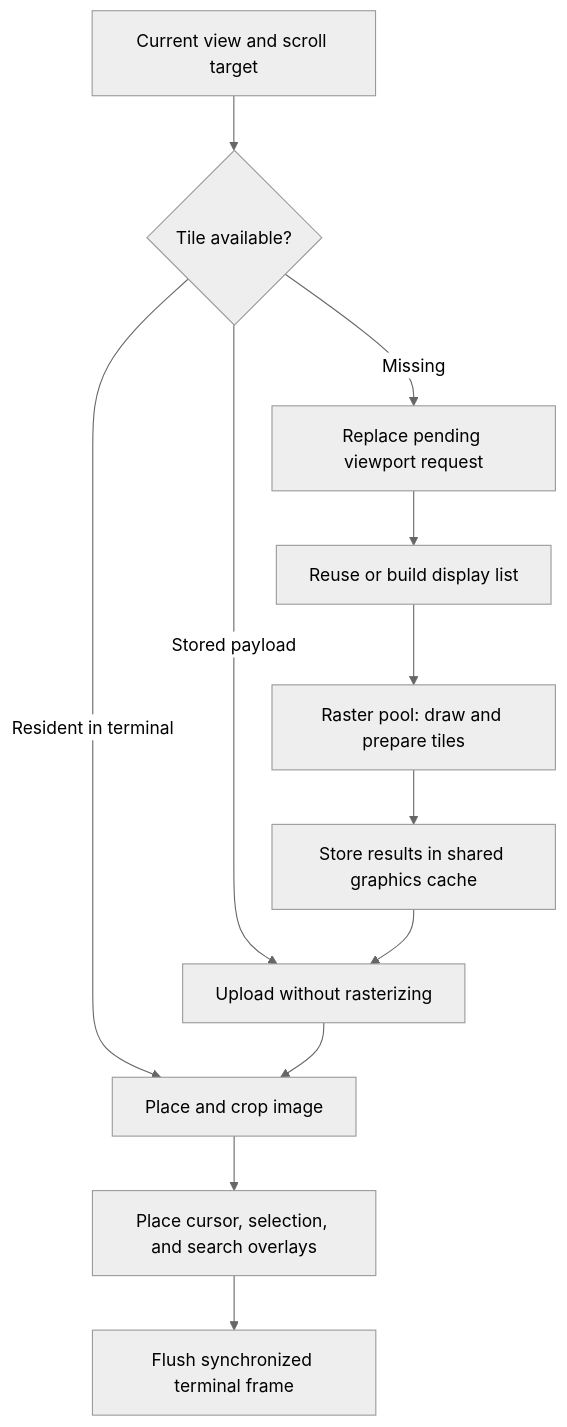
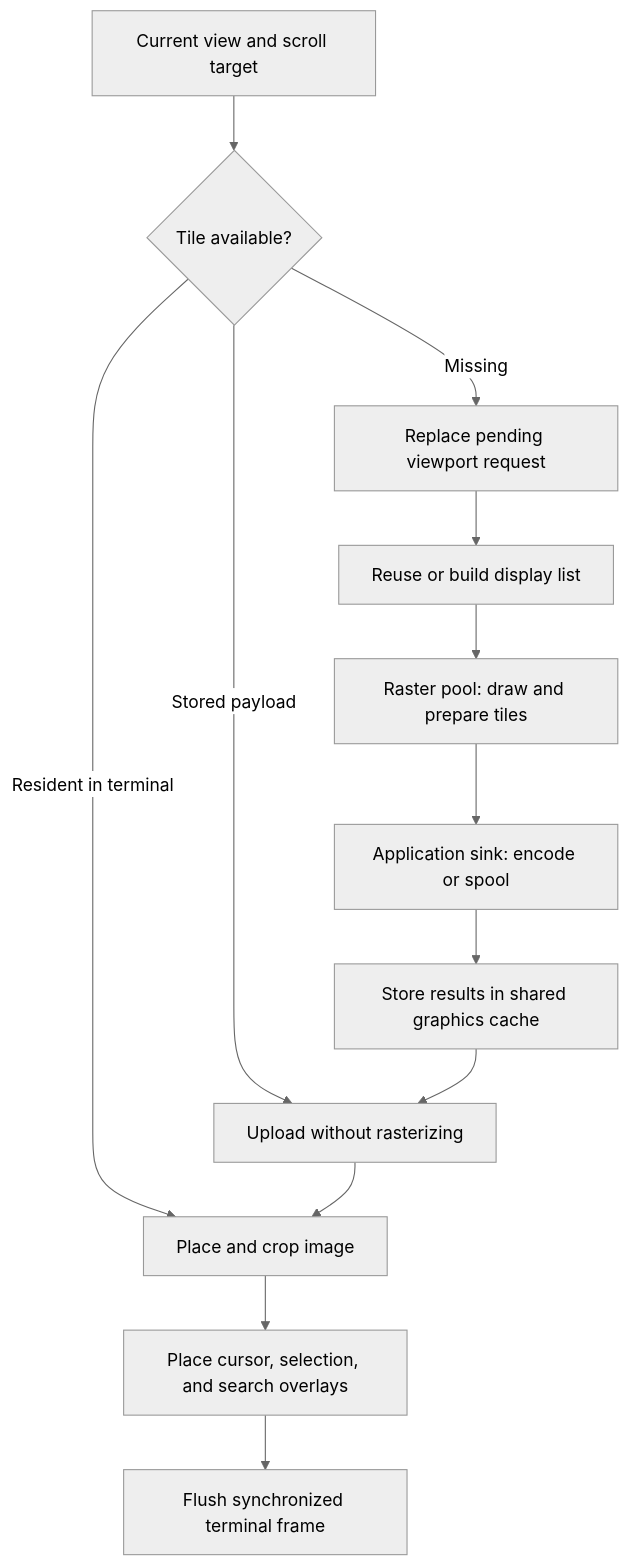
Before and after one commit to letientai299/vpdf: the diagram in docs/dev/render.md, drawn with Mermaid (neutral theme). The commit also changed other lines of this file and 159 other files, not shown here.

````diff
--- a/docs/dev/render.md
+++ b/docs/dev/render.md
@@ -14,14 +14,15 @@
 ```mermaid
 flowchart TD
     View[Current view and scroll target] --> Cache{Tile available?}
     Cache -->|Resident in terminal| Place[Place and crop image]
     Cache -->|Stored payload| Upload[Upload without rasterizing]
     Upload --> Place
     Cache -->|Missing| Request[Replace pending viewport request]
     Request --> Lists[Reuse or build display list]
     Lists --> Pool[Raster pool: draw and prepare tiles]
-    Pool --> Store[Store results in shared graphics cache]
+    Pool --> Encode[Application sink: encode or spool]
+    Encode --> Store[Store results in shared graphics cache]
     Store --> Upload
     Place --> Overlay[Place cursor, selection, and search overlays]
     Overlay --> Frame[Flush synchronized terminal frame]
 ```
````
